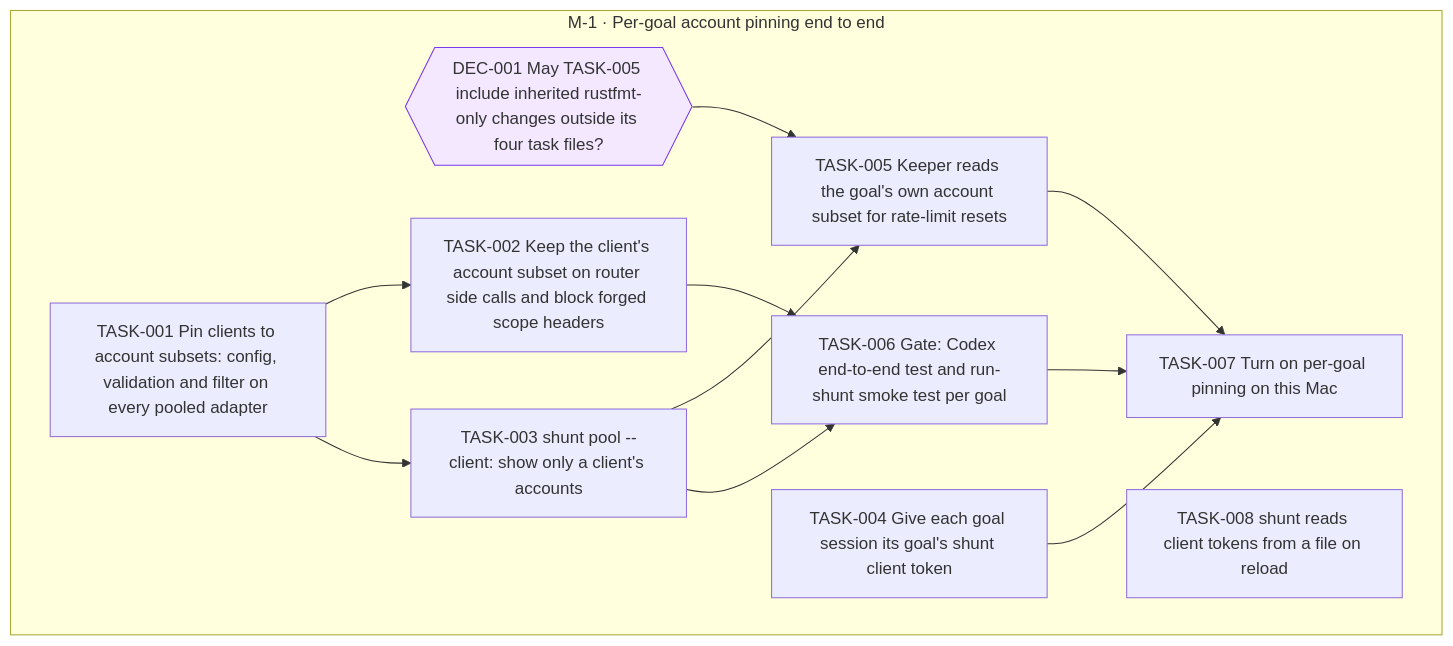
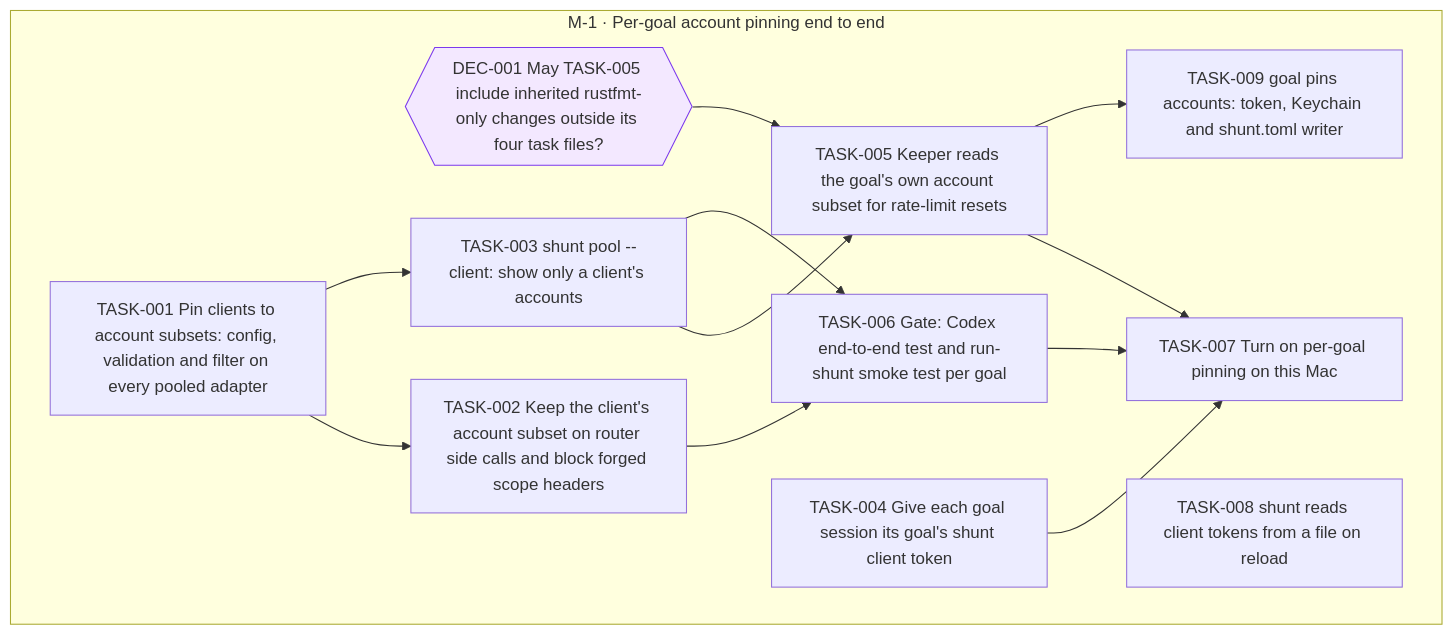
Before and after one commit to jesusvillota/shunt: the diagram in goals/account-pinning/README.md, drawn with Mermaid. The commit also changed 1 other file, not shown here.

Commit message:
goal(account-pinning): add TASK-009 goal pins accounts: token, Keychain and shunt.toml writer

````diff
--- a/goals/account-pinning/README.md
+++ b/goals/account-pinning/README.md
@@ -37,27 +37,29 @@
 ```mermaid
 flowchart TD
   subgraph M_1["M-1 · Per-goal account pinning end to end"]
     DEC_001{{"DEC-001 May TASK-005 include inherited rustfmt-only changes outside its four task files?"}}
     TASK_001["TASK-001 Pin clients to account subsets: config, validation and filter on every pooled adapter"]
     TASK_002["TASK-002 Keep the client's account subset on router side calls and block forged scope headers"]
     TASK_003["TASK-003 shunt pool --client: show only a client's accounts"]
     TASK_004["TASK-004 Give each goal session its goal's shunt client token"]
     TASK_005["TASK-005 Keeper reads the goal's own account subset for rate-limit resets"]
     TASK_006["TASK-006 Gate: Codex end-to-end test and run-shunt smoke test per goal"]
     TASK_007["TASK-007 Turn on per-goal pinning on this Mac"]
     TASK_008["TASK-008 shunt reads client tokens from a file on reload"]
+    TASK_009["TASK-009 goal pins accounts: token, Keychain and shunt.toml writer"]
   end
   TASK_001 --> TASK_002
   TASK_001 --> TASK_003
   TASK_003 --> TASK_005
   DEC_001 --> TASK_005
   TASK_002 --> TASK_006
   TASK_003 --> TASK_006
   TASK_004 --> TASK_007
   TASK_005 --> TASK_007
   TASK_006 --> TASK_007
+  TASK_005 --> TASK_009
   classDef draft stroke-dasharray: 4 3
   classDef cancelled opacity:0.45
   classDef decision fill:#f3e8ff,stroke:#7c3aed
   class DEC_001 decision
 ```
````
